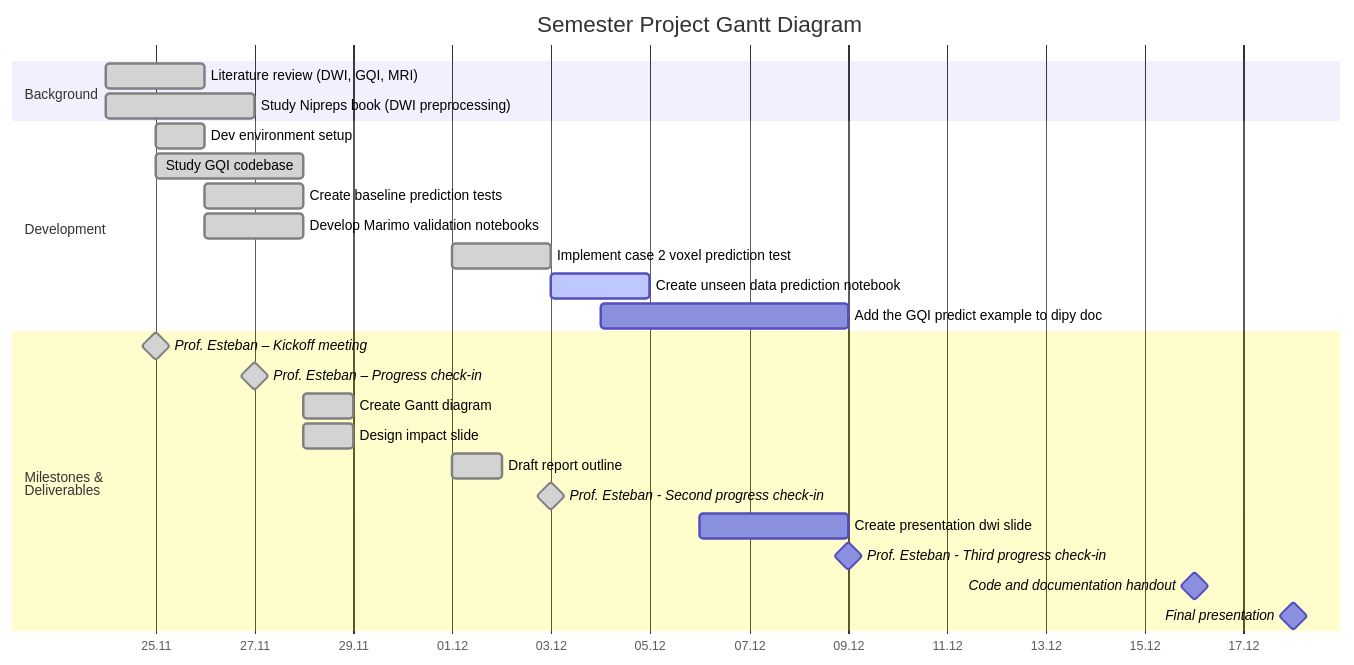
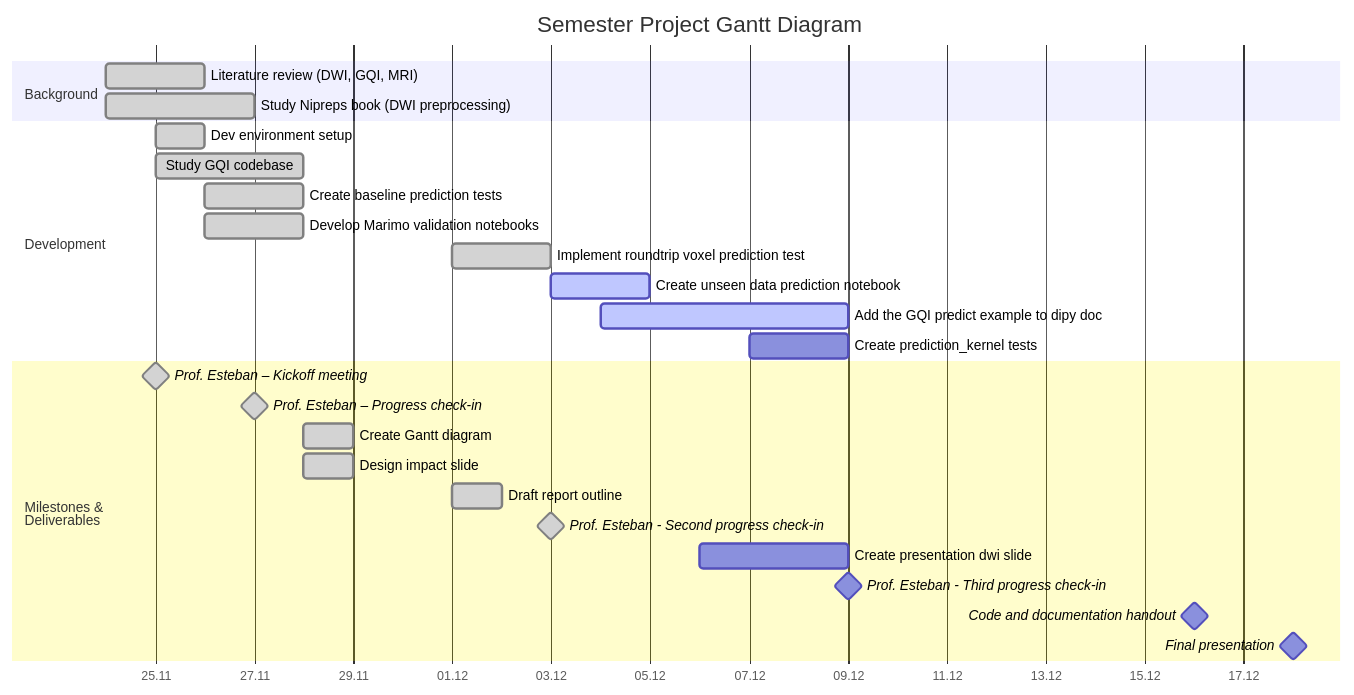
Before and after one commit to MadeInShineA/303.1-semester-project: the diagram in src/index.qmd, drawn with Mermaid. The commit also changed 2 other files, not shown here.

Commit message:
Updated Gantt diagram

````diff
--- a/src/index.qmd
+++ b/src/index.qmd
@@ -20,36 +20,37 @@
 ```{mermaid}
 gantt
 
     title Semester Project Gantt Diagram
     dateFormat DD.MM.YYYY
     axisFormat %d.%m
 
     section Background
         Literature review (DWI, GQI, MRI)       :done,         research,       24.11.2025, 2d
         Study Nipreps book (DWI preprocessing)  :done,         nipreps,        24.11.2025, 3d
 
     section Development
         Dev environment setup                   :done,         devenv,         25.11.2025, 1d
         Study GQI codebase                      :done,         codebase,       25.11.2025, 3d
         Create baseline prediction tests        :done,         simple_tests,   26.11.2025, 2d
         Develop Marimo validation notebooks     :done,         notebooks,      26.11.2025, 2d
-        Implement case 2 voxel prediction test :done,         cross_tests,    01.12.2025, 2d
+        Implement roundtrip voxel prediction test :done,       cross_tests,    01.12.2025, 2d
         Create unseen data prediction notebook  :active,       unseen_data,    03.12.2025, 2d
-        Add the GQI predict example to dipy doc :              predict_example,04.12.2025, 09.12.2025
+        Add the GQI predict example to dipy doc :active,       predict_example,04.12.2025, 09.12.2025
+        Create prediction_kernel tests          :              prediction_kernel ,07.12.2025, 2d
 
       
         
 
     section Milestones & <br>Deliverables
         Prof. Esteban – Kickoff meeting         :done,         milestone,      25.11.2025, 0d
         Prof. Esteban – Progress check-in       :done,         milestone,      27.11.2025, 0d
         Create Gantt diagram                    :done,         gantt,          28.11.2025, 1d
         Design impact slide                     :done,         impact,         28.11.2025, 1d
         Draft report outline                    :done,         r_draft,        01.12.2025, 1d
         Prof. Esteban - Second progress check-in:done,         milestone,      03.12.2025, 0d
         Create presentation dwi slide           :              p_draft,        06.12.2025, 09.12.2025 
         Prof. Esteban - Third progress check-in :              milestone,      09.12.2025, 0d
         Code and documentation handout          :              milestone,      16.12.2025, 0d
         Final presentation                      :              milestone,      18.12.2025, 0d
         
 ```
````
